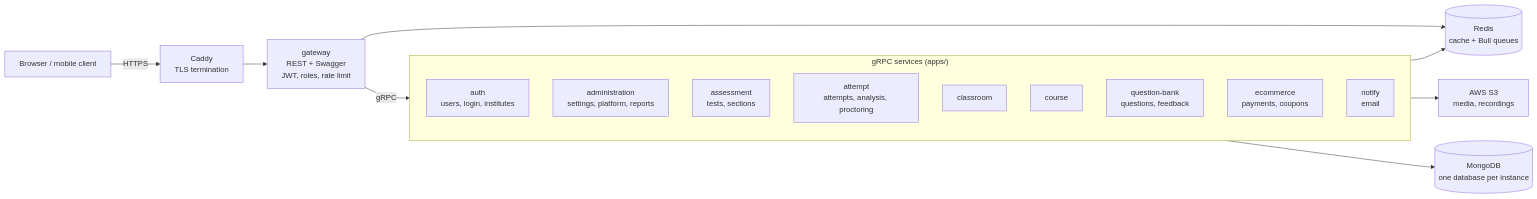
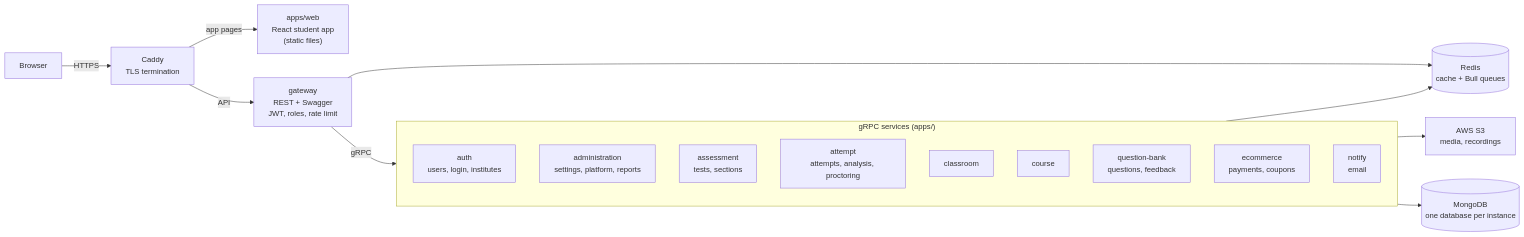
One commit to ashfaque-work/nestjs-assessment-platform changed the first of 2 diagrams in README.md. Above: the diagram before and after it, drawn with Mermaid. The commit also changed other lines of this file and 33 other files, not shown here.

First line of the commit message:
Add the student web app

````diff
--- a/README.md
+++ b/README.md
@@ -26,30 +28,33 @@
 ```mermaid
 flowchart LR
-    client["Browser / mobile client"]
+    client["Browser"]
     caddy["Caddy<br/>TLS termination"]
+    web["apps/web<br/>React student app<br/>(static files)"]
     gw["gateway<br/>REST + Swagger<br/>JWT, roles, rate limit"]
 
     subgraph services["gRPC services (apps/)"]
         direction TB
         auth["auth<br/>users, login, institutes"]
         admin["administration<br/>settings, platform, reports"]
         assessment["assessment<br/>tests, sections"]
         attempt["attempt<br/>attempts, analysis, proctoring"]
         classroom["classroom"]
         course["course"]
         qbank["question-bank<br/>questions, feedback"]
         ecommerce["ecommerce<br/>payments, coupons"]
         notify["notify<br/>email"]
     end
 
     mongo[("MongoDB<br/>one database per instance")]
     redis[("Redis<br/>cache + Bull queues")]
     s3["AWS S3<br/>media, recordings"]
 
-    client -->|HTTPS| caddy --> gw
+    client -->|HTTPS| caddy
+    caddy -->|app pages| web
+    caddy -->|API| gw
     gw -->|gRPC| services
     services --> mongo
     gw --> redis
     attempt --> redis
     attempt --> s3
 ```
````
